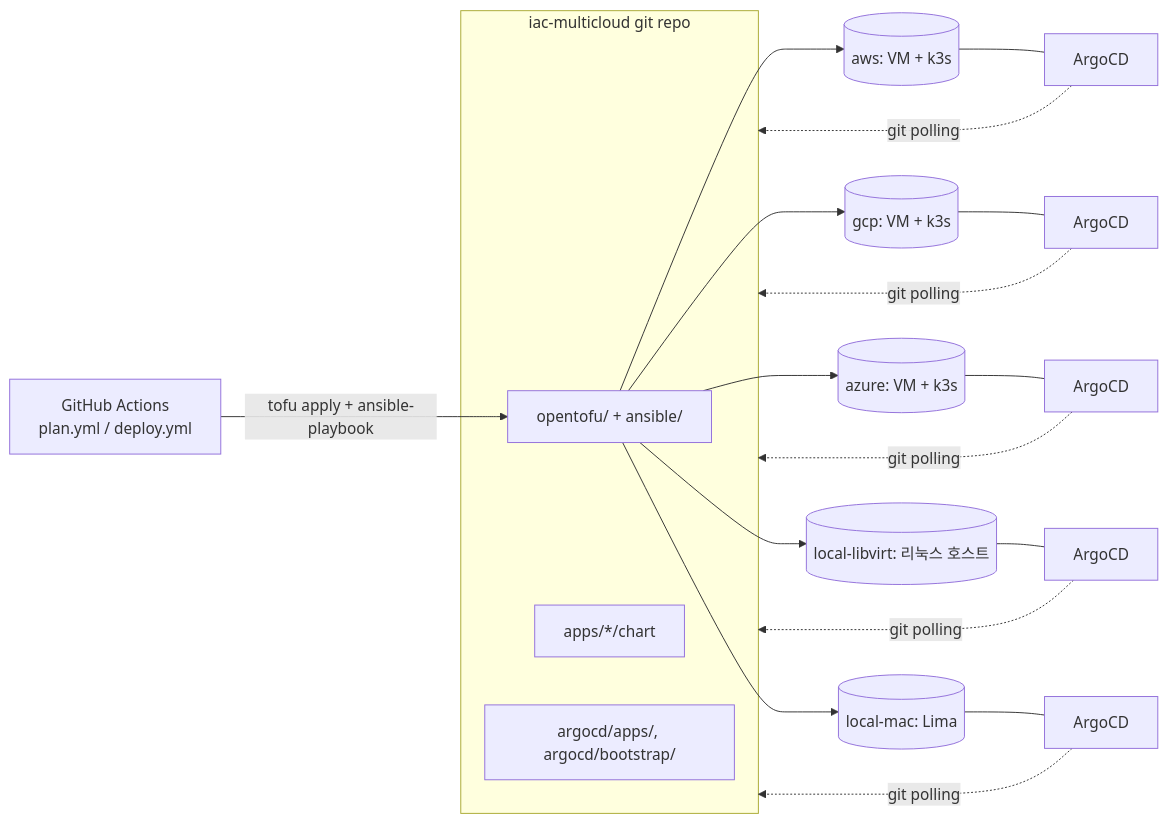
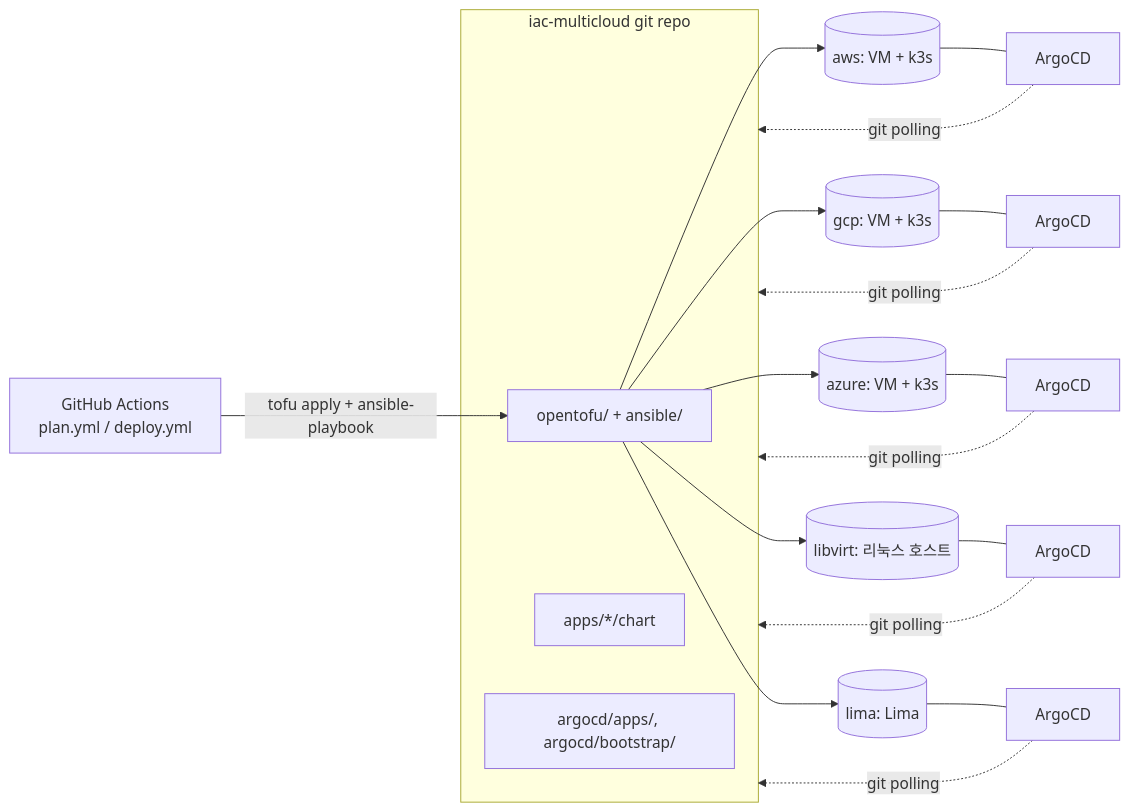
The diagram in README.md (gjwnssud/iac-multicloud), drawn with Mermaid before and after one commit. The commit also changed other lines of this file and 44 other files, not shown here.

First line of the commit message:
refactor: 환경 이름을 하이퍼바이저 기준으로 통일 (libvirt/lima/proxmox) + proxmox ArgoCD 구성 추가

````diff
--- a/README.md
+++ b/README.md
@@ -23,28 +23,28 @@
 ```mermaid
 flowchart LR
   subgraph repo["iac-multicloud git repo"]
     infra["opentofu/ + ansible/"]
     apps["apps/*/chart"]
     argocdApps["argocd/apps/, argocd/bootstrap/"]
   end
 
   ci["GitHub Actions\nplan.yml / deploy.yml"] -->|tofu apply + ansible-playbook| infra
 
   infra --> aws[("aws: VM + k3s")]
   infra --> gcp[("gcp: VM + k3s")]
   infra --> azure[("azure: VM + k3s")]
-  infra --> libvirt[("local-libvirt: 리눅스 호스트")]
-  infra --> mac[("local-mac: Lima")]
+  infra --> libvirt[("libvirt: 리눅스 호스트")]
+  infra --> mac[("lima: Lima")]
 
   aws --- ac1["ArgoCD"]
   gcp --- ac2["ArgoCD"]
   azure --- ac3["ArgoCD"]
   libvirt --- ac4["ArgoCD"]
   mac --- ac5["ArgoCD"]
 
   ac1 -.git polling.-> repo
   ac2 -.git polling.-> repo
   ac3 -.git polling.-> repo
   ac4 -.git polling.-> repo
   ac5 -.git polling.-> repo
 ```
````
